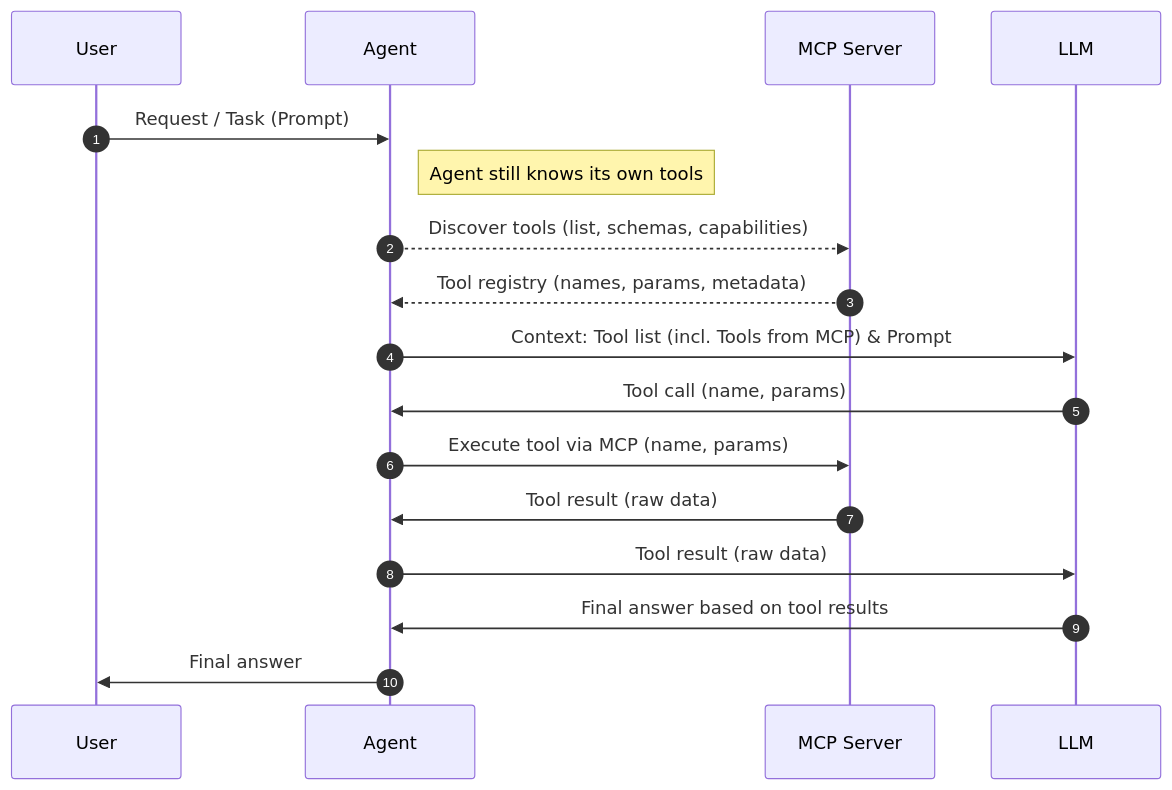
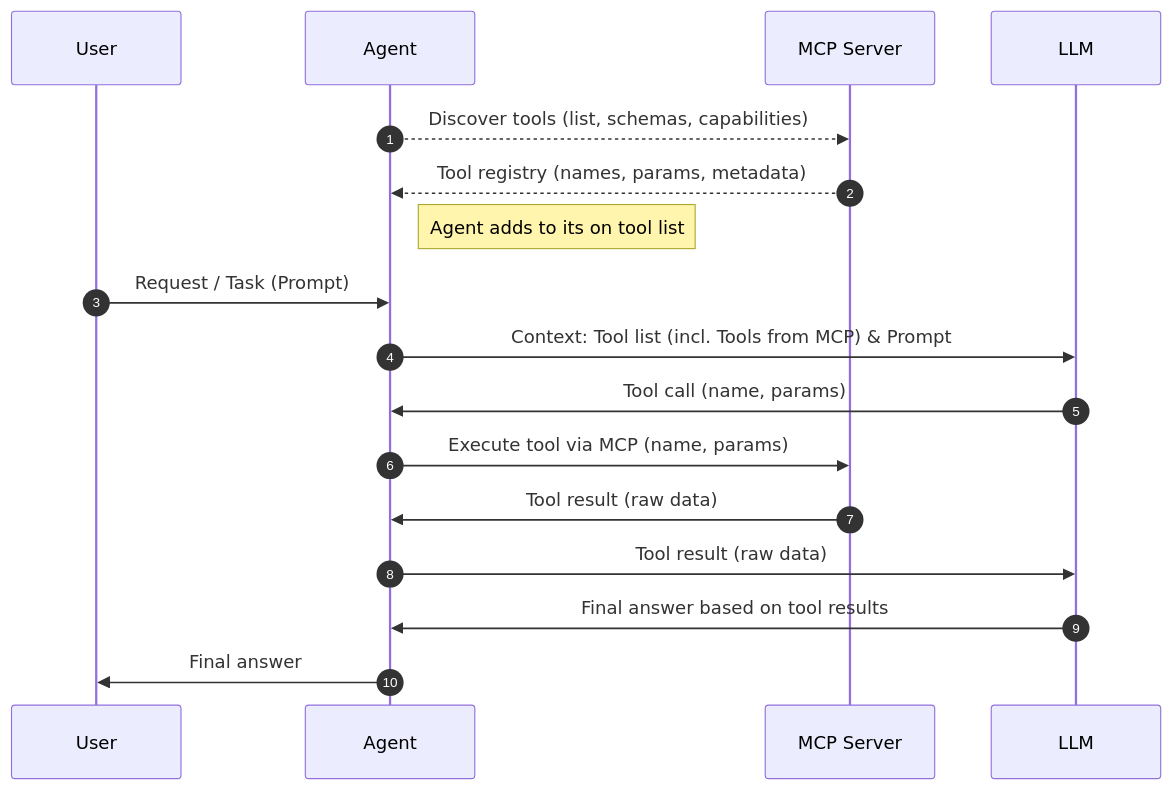
Before and after one commit to ase-training-zhr-jun-pub/agentic-se-slides: the second of 2 diagrams in slides/01-basics/tools-and-mcp/slides.md, drawn with Mermaid.

Commit message:
Adjust MCP tool discovery sequence

````diff
--- a/slides/01-basics/tools-and-mcp/slides.md
+++ b/slides/01-basics/tools-and-mcp/slides.md
@@ -96,21 +96,21 @@
 ```mermaid {scale: 0.5}
 sequenceDiagram
   participant U as User
   participant A as Agent
   participant S as MCP Server
   participant L as LLM
 
   autonumber
 
-  U ->> A: Request / Task (Prompt)
-  Note right of A: Agent still knows its own tools
   A -->> S: Discover tools (list, schemas, capabilities)
   S -->> A: Tool registry (names, params, metadata)
+  Note right of A: Agent adds to its on tool list
+  U ->> A: Request / Task (Prompt)
   A ->> L: Context: Tool list (incl. Tools from MCP) & Prompt 
   L ->> A: Tool call (name, params)
   A ->> S: Execute tool via MCP (name, params)
   S ->> A: Tool result (raw data)
   A ->> L: Tool result (raw data)
   L ->> A: Final answer based on tool results
   A ->> U: Final answer
 ```
````
